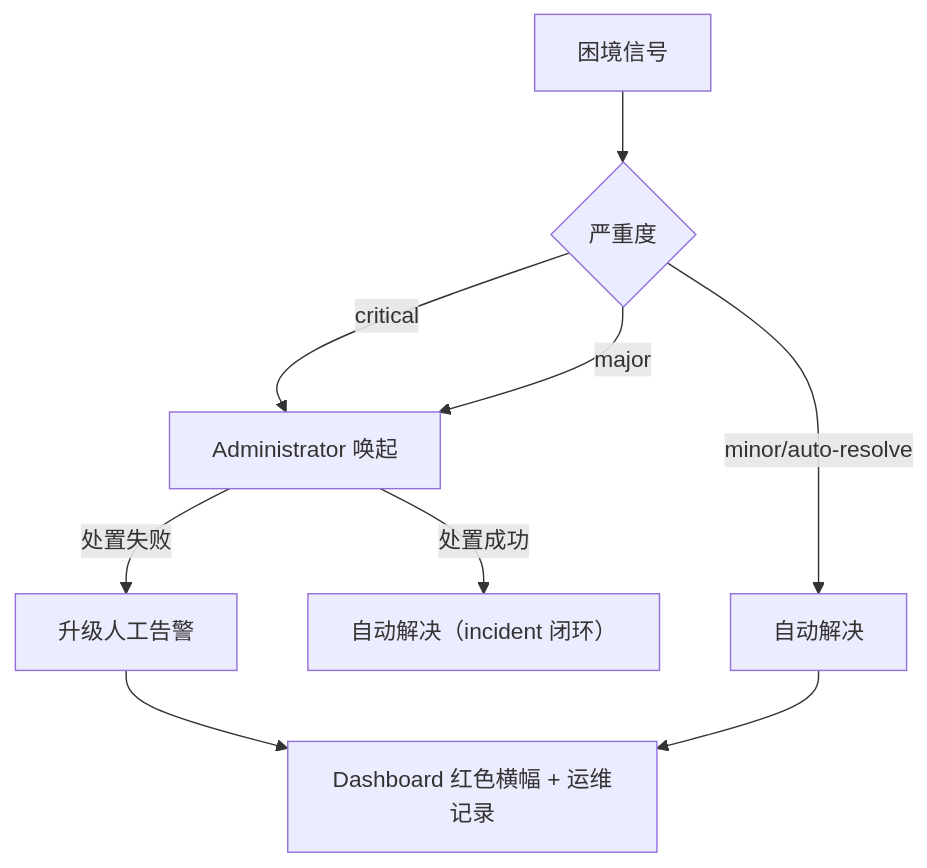
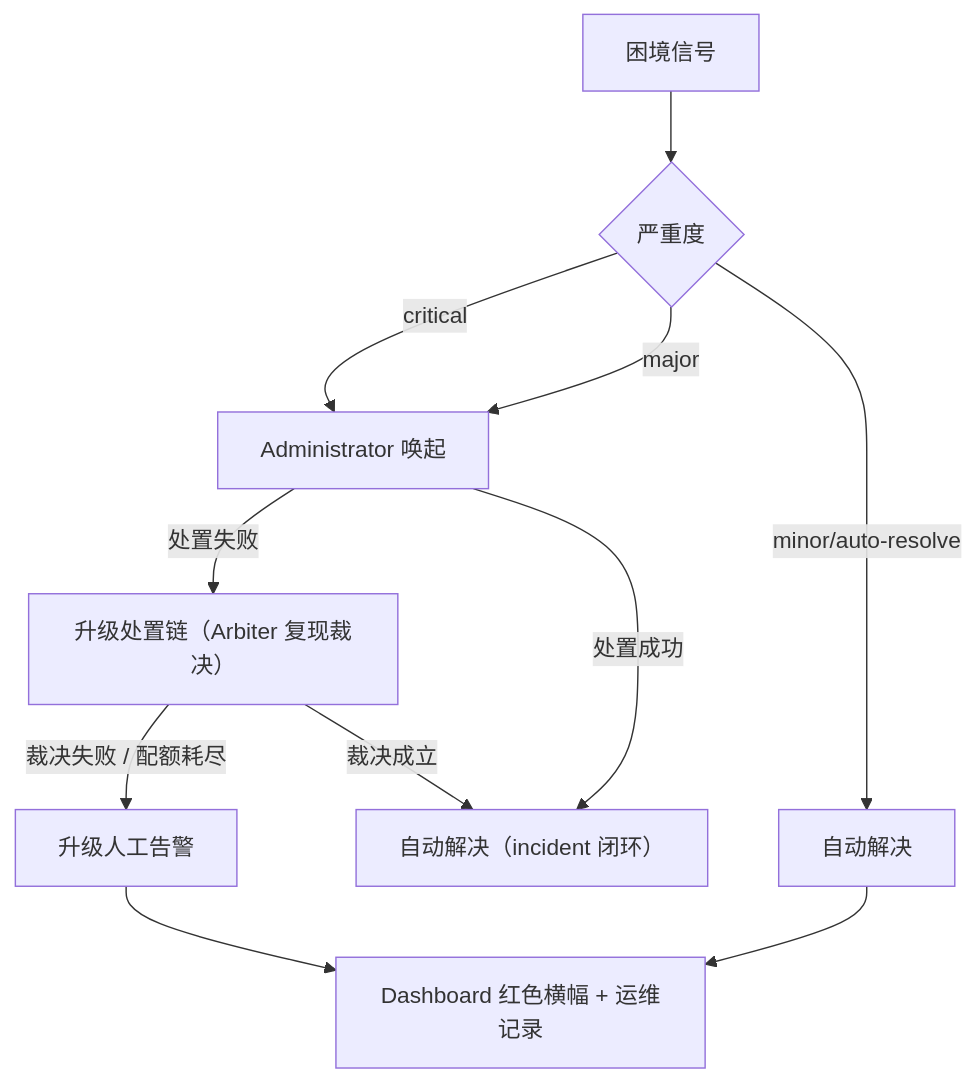
The diagram in docs/help/06-governance.md (fenixsoft/fenixd), drawn with Mermaid before and after one commit. The commit also changed other lines of this file and 36 other files, not shown here.

````diff
--- a/docs/help/06-governance.md
+++ b/docs/help/06-governance.md
@@ -247,12 +247,14 @@
 ```mermaid
 flowchart TD
     SIG["困境信号"] --> SEV{"严重度"}
     SEV -- critical --> ADM["Administrator 唤起"]
     SEV -- major --> ADM
     SEV -- minor/auto-resolve --> AUTO["自动解决"]
 
-    ADM -- 处置失败 --> ESC["升级人工告警"]
+    ADM -- 处置失败 --> ARB["升级处置链（Arbiter 复现裁决）"]
     ADM -- 处置成功 --> RES["自动解决（incident 闭环）"]
+    ARB -- 裁决失败 / 配额耗尽 --> ESC["升级人工告警"]
+    ARB -- 裁决成立 --> RES
     ESC --> BANNER["Dashboard 红色横幅 + 运维记录"]
     AUTO --> BANNER
 ```
````
